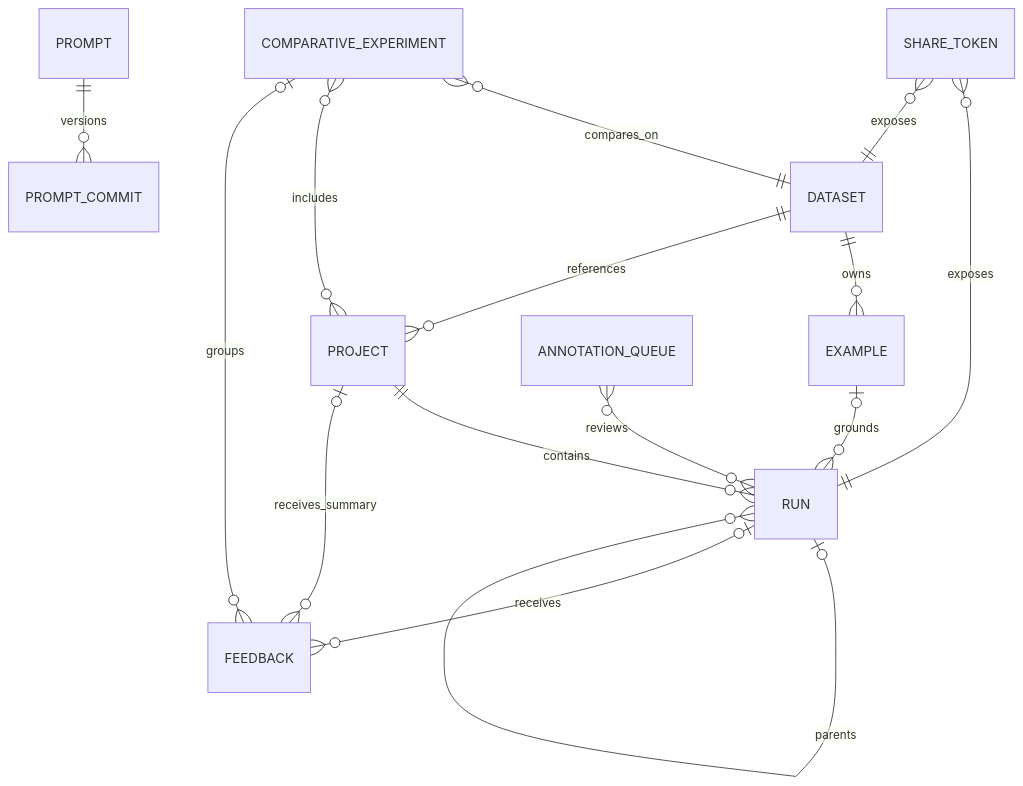
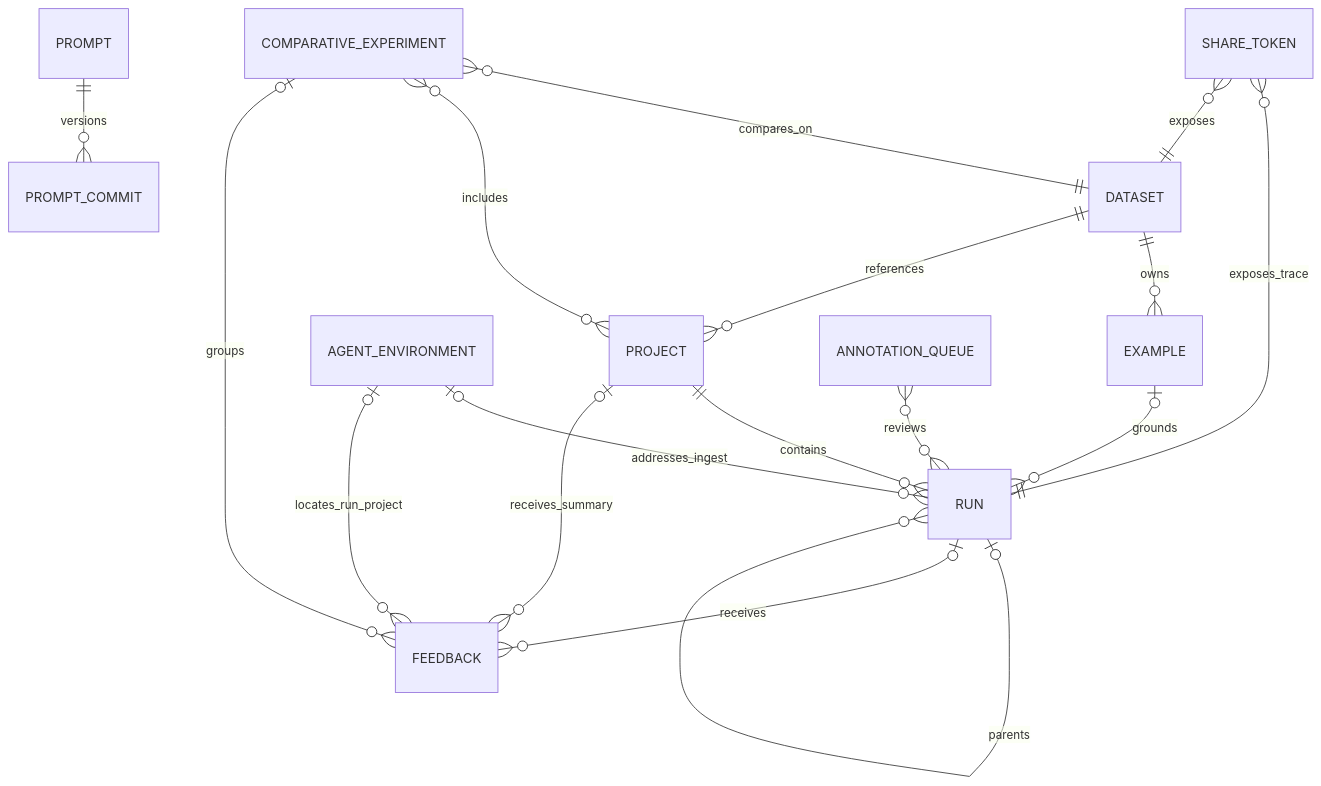
One commit to langchain-ai/langsmith-sdk changed the first of 3 diagrams in openwiki/concepts/platform-client.md. Above: the diagram before and after it, drawn with Mermaid. The commit also changed other lines of this file and 27 other files, not shown here.

````diff
--- a/openwiki/concepts/platform-client.md
+++ b/openwiki/concepts/platform-client.md
@@ -35,17 +43,19 @@
 ```mermaid
 erDiagram
     PROJECT ||--o{ RUN : contains
+    AGENT_ENVIRONMENT o|--o{ RUN : addresses_ingest
     DATASET ||--o{ EXAMPLE : owns
     DATASET ||--o{ PROJECT : references
     EXAMPLE o|--o{ RUN : grounds
     RUN o|--o{ RUN : parents
     RUN o|--o{ FEEDBACK : receives
     PROJECT o|--o{ FEEDBACK : receives_summary
+    AGENT_ENVIRONMENT o|--o{ FEEDBACK : locates_run_project
     COMPARATIVE_EXPERIMENT }o--|| DATASET : compares_on
     COMPARATIVE_EXPERIMENT }o--o{ PROJECT : includes
     COMPARATIVE_EXPERIMENT o|--o{ FEEDBACK : groups
     ANNOTATION_QUEUE }o--o{ RUN : reviews
     PROMPT ||--o{ PROMPT_COMMIT : versions
-    SHARE_TOKEN }o--|| RUN : exposes
+    SHARE_TOKEN }o--|| RUN : exposes_trace
     SHARE_TOKEN }o--|| DATASET : exposes
 ```
````
